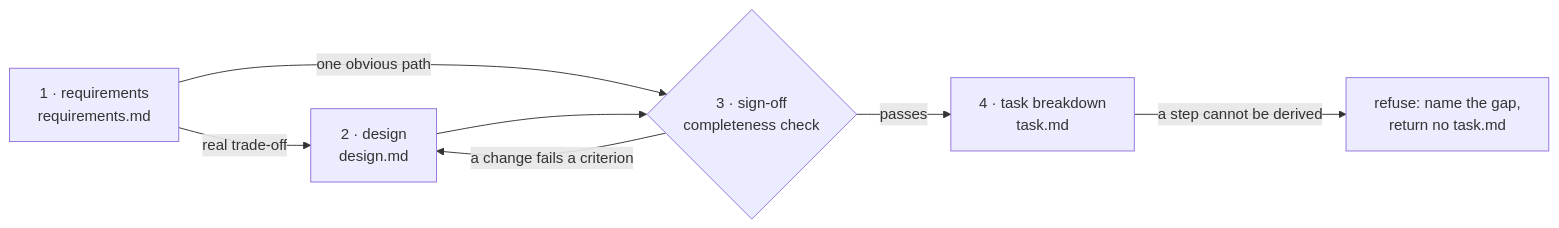
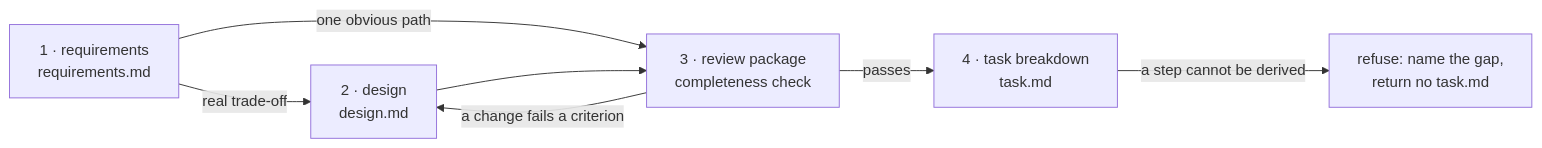
The diagram in plugins/spec/README.md (vancsj/bootgear), drawn with Mermaid before and after one commit. The commit also changed other lines of this file and 41 other files, not shown here.

````diff
--- a/plugins/spec/README.md
+++ b/plugins/spec/README.md
@@ -14,9 +14,9 @@
 ```mermaid
 flowchart LR
     R["1 · requirements<br/>requirements.md"] -->|"real trade-off"| D["2 · design<br/>design.md"]
     R -->|"one obvious path"| S
-    D --> S{"3 · sign-off<br/>completeness check"}
+    D --> S["3 · review package<br/>completeness check"]
     S -->|"a change fails a criterion"| D
     S -->|"passes"| T["4 · task breakdown<br/>task.md"]
     T -->|"a step cannot be derived"| X["refuse: name the gap,<br/>return no task.md"]
 ```
````
